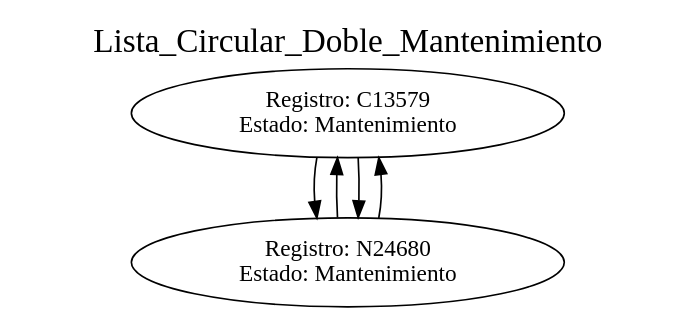
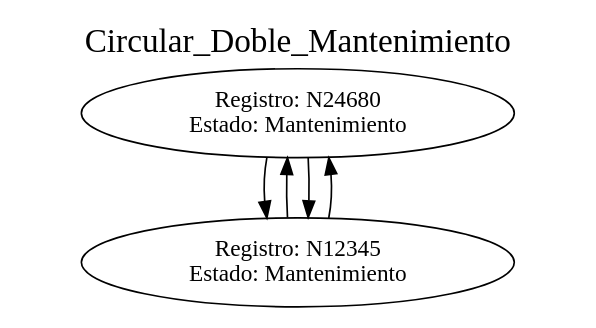
One commit to miguel-tubac/202101927_EDD_Practica changed the diagram in clasesPropias/Grafica1.dot. Above: the diagram before and after it, drawn with Graphviz. The commit also changed 10 other files, not shown here.

```diff
--- a/clasesPropias/Grafica1.dot
+++ b/clasesPropias/Grafica1.dot
@@ -1,10 +1,10 @@
 digraph G { randir = LR;
-label = "Lista_Circular_Doble_Mantenimiento";
+label = "Circular_Doble_Mantenimiento";
 labelloc = "t";
 fontsize = 20;
-"Registro: C13579
+"Registro: N24680
+Estado: Mantenimiento"->"Registro: N12345
 Estado: Mantenimiento"->"Registro: N24680
-Estado: Mantenimiento"->"Registro: C13579
+Estado: Mantenimiento"->"Registro: N12345
 Estado: Mantenimiento"->"Registro: N24680
-Estado: Mantenimiento"->"Registro: C13579
 Estado: Mantenimiento" ; }
```
